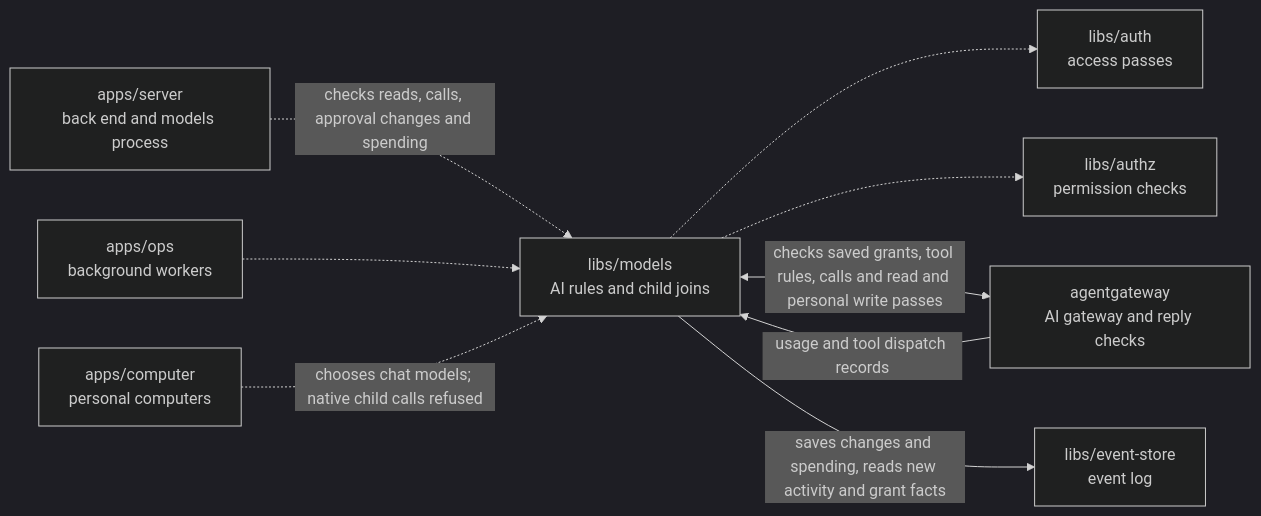
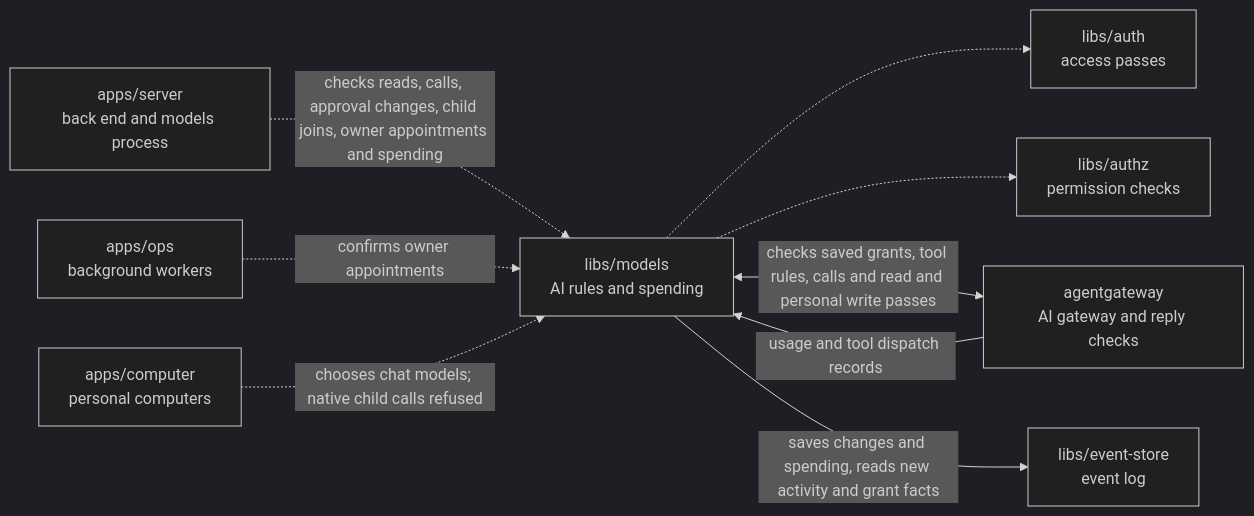
One commit to elewa-git/opencrane-new changed the diagram in libs/models/README.md. Above: the diagram before and after it, drawn with Mermaid (dark theme). The commit also changed other lines of this file and 41 other files, not shown here.

First line of the commit message:
🛡️ Owner appointments are confirmed before ownership is granted (#321)

````diff
--- a/libs/models/README.md
+++ b/libs/models/README.md
@@ -11,11 +11,11 @@
 ```mermaid
 flowchart LR
-  server["apps/server<br/>back end and models process"] -.->|checks reads, calls, approval changes and spending| models["libs/models<br/>AI rules and child joins"]
-  ops["apps/ops<br/>background workers"] -.-> models
+  server["apps/server<br/>back end and models process"] -.->|checks reads, calls, approval changes, child joins, owner appointments and spending| models["libs/models<br/>AI rules and spending"]
+  ops["apps/ops<br/>background workers"] -.->|confirms owner appointments| models
   computer["apps/computer<br/>personal computers"] -.->|chooses chat models; native child calls refused| models
   models -.-> auth["libs/auth<br/>access passes"]
   models -.-> authz["libs/authz<br/>permission checks"]
   models <-->|checks saved grants, tool rules, calls and read and personal write passes| gateway["agentgateway<br/>AI gateway and reply checks"]
   gateway -->|usage and tool dispatch records| models
   models -->|saves changes and spending, reads new activity and grant facts| store["libs/event-store<br/>event log"]
 ```
````
